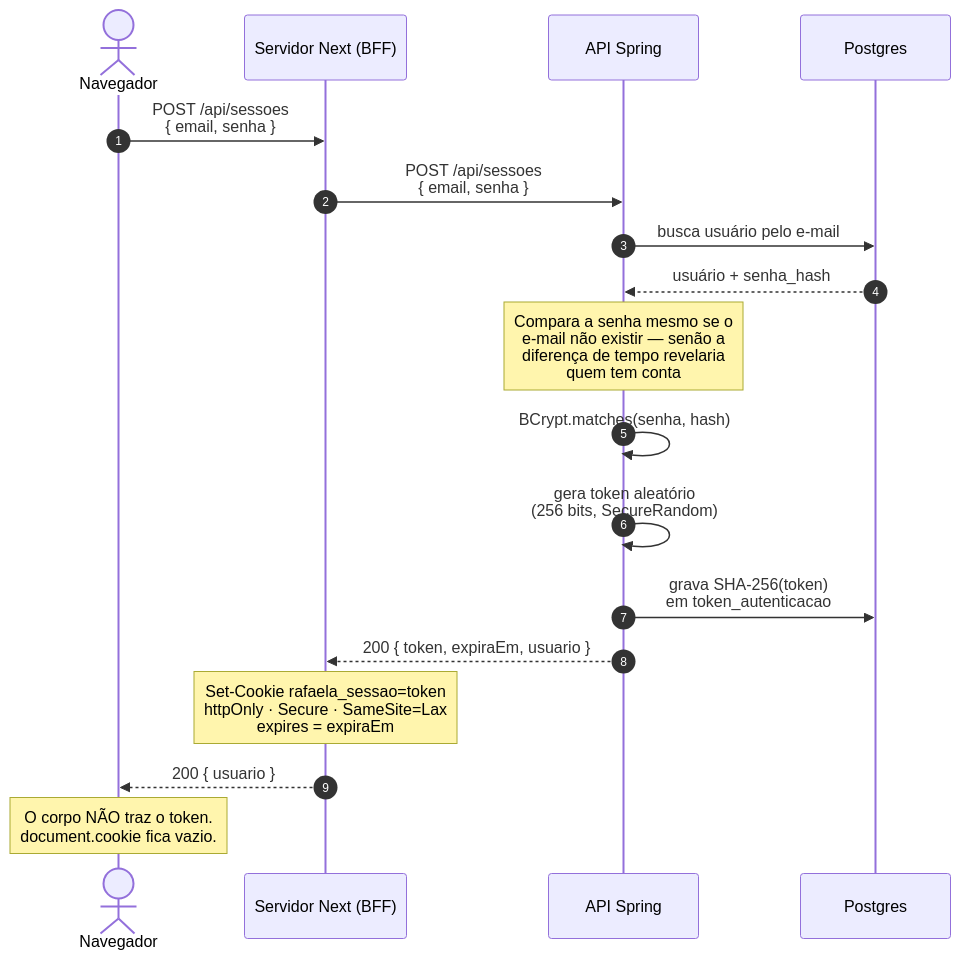
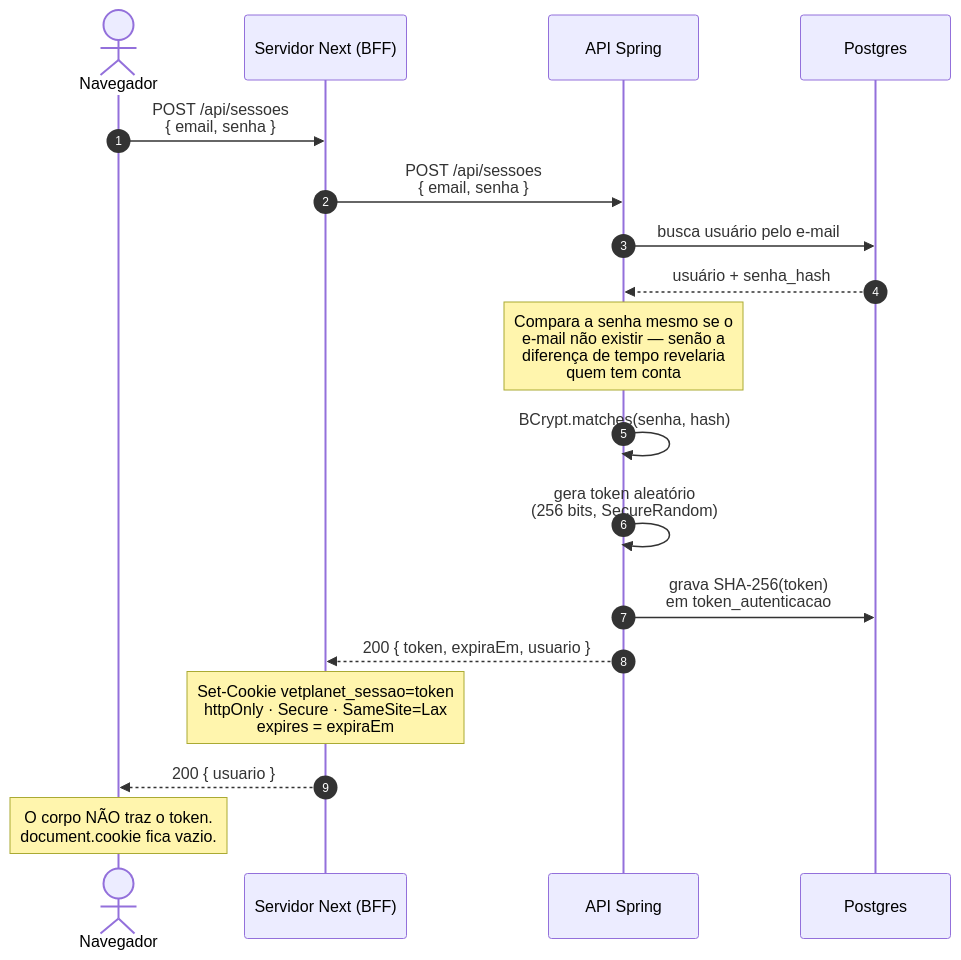
The second of 6 diagrams in docs/autenticacao.md (chrmartins/vetplanet-api), drawn with Mermaid before and after one commit. The commit also changed 2 other files, not shown here.

Commit message:
feat: atualiza credenciais do banco de dados e sessão para 'vetplanet'

````diff
--- a/docs/autenticacao.md
+++ b/docs/autenticacao.md
@@ -61,26 +61,26 @@
 ```mermaid
 sequenceDiagram
     autonumber
     actor U as Navegador
     participant N as Servidor Next (BFF)
     participant A as API Spring
     participant D as Postgres
 
     U->>N: POST /api/sessoes<br/>{ email, senha }
     N->>A: POST /api/sessoes<br/>{ email, senha }
 
     A->>D: busca usuário pelo e-mail
     D-->>A: usuário + senha_hash
 
     Note over A: Compara a senha mesmo se o<br/>e-mail não existir — senão a<br/>diferença de tempo revelaria<br/>quem tem conta
 
     A->>A: BCrypt.matches(senha, hash)
     A->>A: gera token aleatório<br/>(256 bits, SecureRandom)
     A->>D: grava SHA-256(token)<br/>em token_autenticacao
     A-->>N: 200 { token, expiraEm, usuario }
 
-    Note over N: Set-Cookie rafaela_sessao=token<br/>httpOnly · Secure · SameSite=Lax<br/>expires = expiraEm
+    Note over N: Set-Cookie vetplanet_sessao=token<br/>httpOnly · Secure · SameSite=Lax<br/>expires = expiraEm
 
     N-->>U: 200 { usuario }
     Note over U: O corpo NÃO traz o token.<br/>document.cookie fica vazio.
 ```
````
